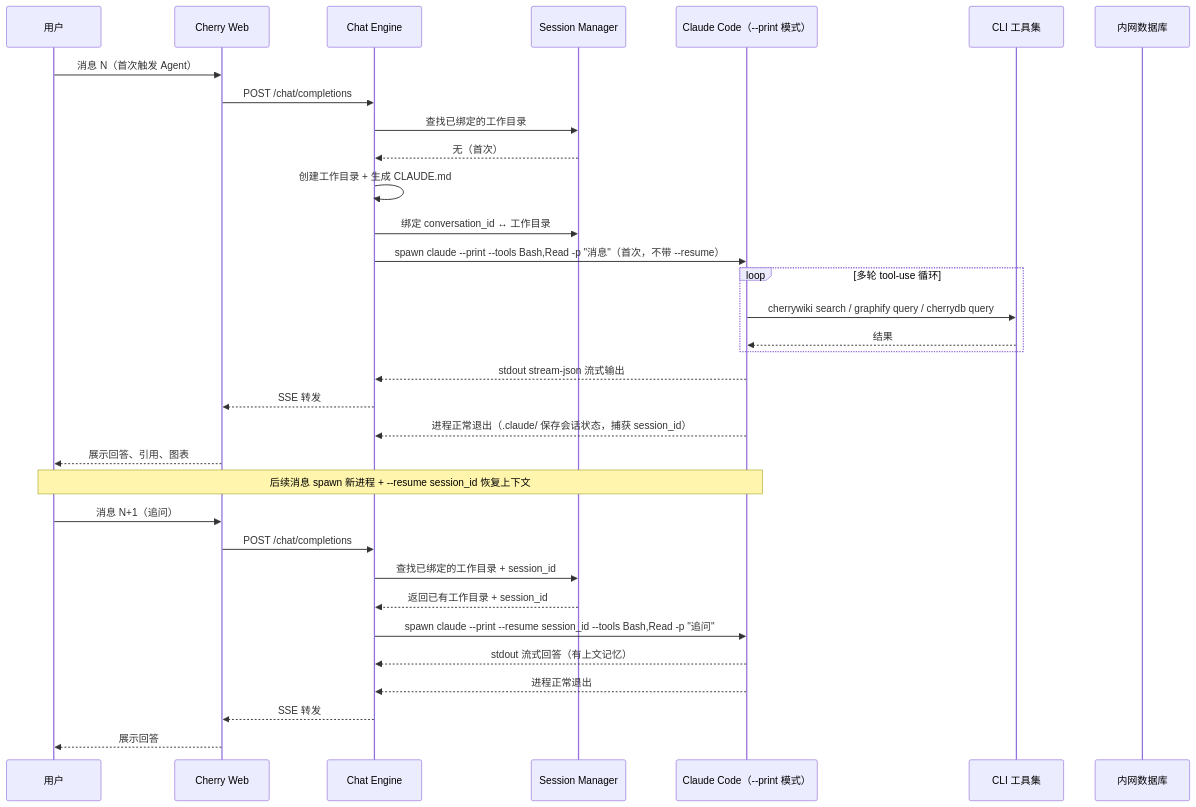
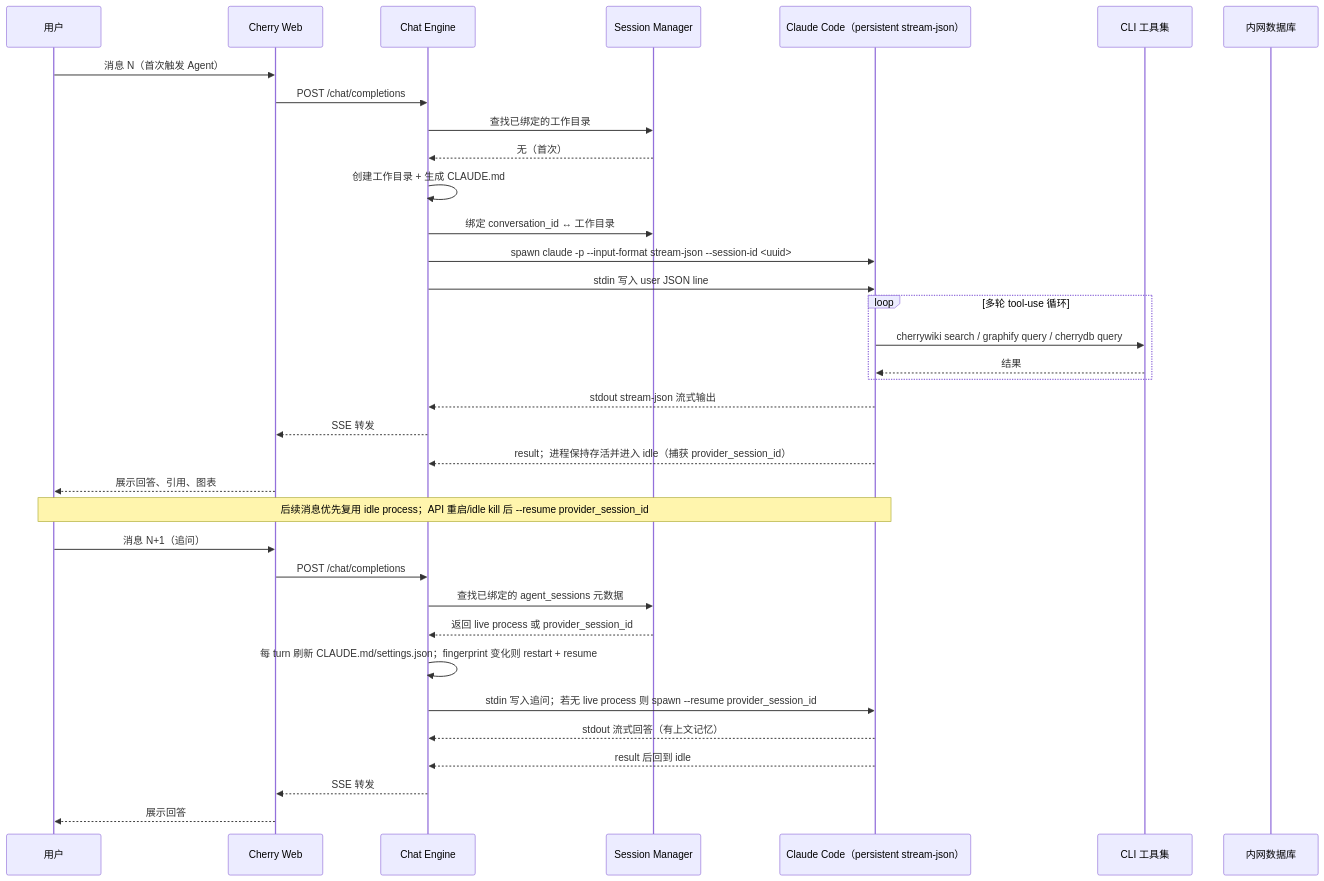
One commit to DankerMu/CherryWiki changed the fifth of 5 diagrams in docs/architecture/02_总体架构设计.md. Above: the diagram before and after it, drawn with Mermaid. The commit also changed other lines of this file and 9 other files, not shown here.

First line of the commit message:
refactor(agent): migrate from --print spawn-per-turn to persistent stream-json runtime

````diff
--- a/docs/architecture/02_总体架构设计.md
+++ b/docs/architecture/02_总体架构设计.md
@@ -228,38 +228,40 @@
 ```mermaid
 sequenceDiagram
   participant U as 用户
   participant CW as Cherry Web
   participant API as Chat Engine
   participant SM as Session Manager
-  participant CC as Claude Code（--print 模式）
+  participant CC as Claude Code（persistent stream-json）
   participant CLI as CLI 工具集
   participant DB as 内网数据库
 
   U->>CW: 消息 N（首次触发 Agent）
   CW->>API: POST /chat/completions
   API->>SM: 查找已绑定的工作目录
   SM-->>API: 无（首次）
   API->>API: 创建工作目录 + 生成 CLAUDE.md
   API->>SM: 绑定 conversation_id ↔ 工作目录
-  API->>CC: spawn claude --print --tools Bash,Read -p "消息"（首次，不带 --resume）
+  API->>CC: spawn claude -p --input-format stream-json --session-id <uuid>
+  API->>CC: stdin 写入 user JSON line
   loop 多轮 tool-use 循环
     CC->>CLI: cherrywiki search / graphify query / cherrydb query
     CLI-->>CC: 结果
   end
   CC-->>API: stdout stream-json 流式输出
   API-->>CW: SSE 转发
-  CC-->>API: 进程正常退出（.claude/ 保存会话状态，捕获 session_id）
+  CC-->>API: result；进程保持存活并进入 idle（捕获 provider_session_id）
   CW-->>U: 展示回答、引用、图表
 
-  Note over U, CC: 后续消息 spawn 新进程 + --resume session_id 恢复上下文
+  Note over U, CC: 后续消息优先复用 idle process；API 重启/idle kill 后 --resume provider_session_id
 
   U->>CW: 消息 N+1（追问）
   CW->>API: POST /chat/completions
-  API->>SM: 查找已绑定的工作目录 + session_id
-  SM-->>API: 返回已有工作目录 + session_id
-  API->>CC: spawn claude --print --resume session_id --tools Bash,Read -p "追问"
+  API->>SM: 查找已绑定的 agent_sessions 元数据
+  SM-->>API: 返回 live process 或 provider_session_id
+  API->>API: 每 turn 刷新 CLAUDE.md/settings.json；fingerprint 变化则 restart + resume
+  API->>CC: stdin 写入追问；若无 live process 则 spawn --resume provider_session_id
   CC-->>API: stdout 流式回答（有上文记忆）
-  CC-->>API: 进程正常退出
+  CC-->>API: result 后回到 idle
   API-->>CW: SSE 转发
   CW-->>U: 展示回答
 ```
````
